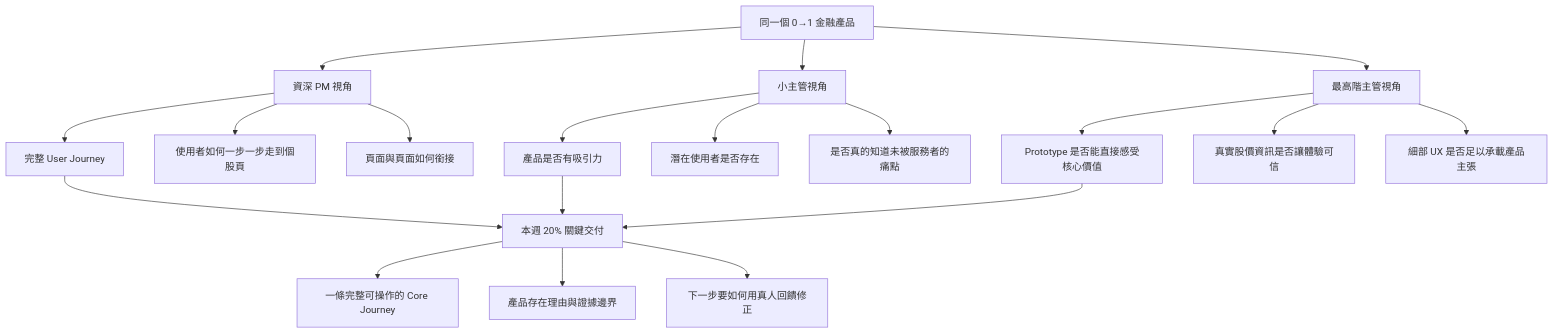
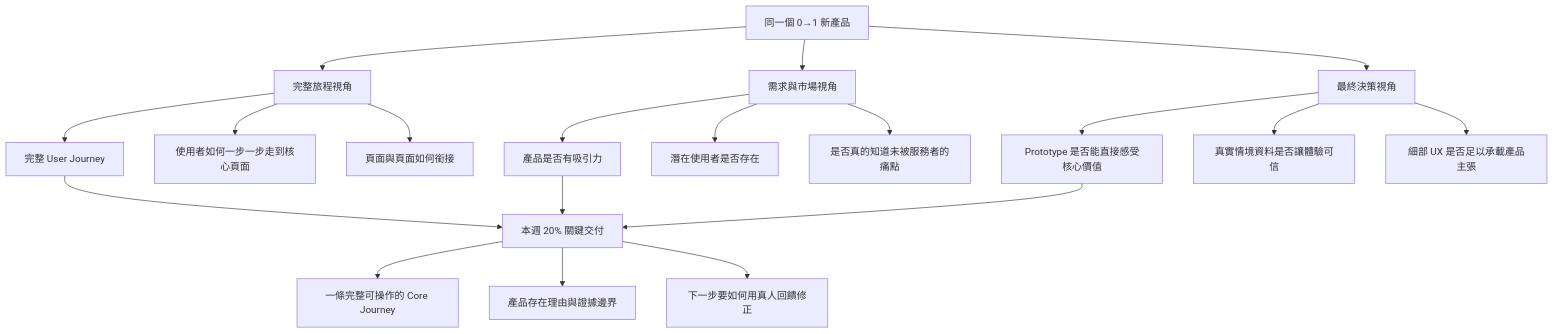
One commit to WilliamCHIU-ETH/3week-mental-map changed the fourth of 4 diagrams in README.md. Above: the diagram before and after it, drawn with Mermaid. The commit also changed other lines of this file, not shown here.

````diff
--- a/README.md
+++ b/README.md
@@ -151,25 +151,25 @@
 ```mermaid
 flowchart TB
-    P["同一個 0→1 金融產品"] --> A["資深 PM 視角"]
-    P --> B["小主管視角"]
-    P --> C["最高階主管視角"]
+    P["同一個 0→1 新產品"] --> A["完整旅程視角"]
+    P --> B["需求與市場視角"]
+    P --> C["最終決策視角"]
 
     A --> A1["完整 User Journey"]
-    A --> A2["使用者如何一步一步走到個股頁"]
+    A --> A2["使用者如何一步一步走到核心頁面"]
     A --> A3["頁面與頁面如何銜接"]
 
     B --> B1["產品是否有吸引力"]
     B --> B2["潛在使用者是否存在"]
     B --> B3["是否真的知道未被服務者的痛點"]
 
     C --> C1["Prototype 是否能直接感受核心價值"]
-    C --> C2["真實股價資訊是否讓體驗可信"]
+    C --> C2["真實情境資料是否讓體驗可信"]
     C --> C3["細部 UX 是否足以承載產品主張"]
 
     A1 --> D["本週 20% 關鍵交付"]
     B1 --> D
     C1 --> D
     D --> D1["一條完整可操作的 Core Journey"]
     D --> D2["產品存在理由與證據邊界"]
     D --> D3["下一步要如何用真人回饋修正"]
 ```
````
